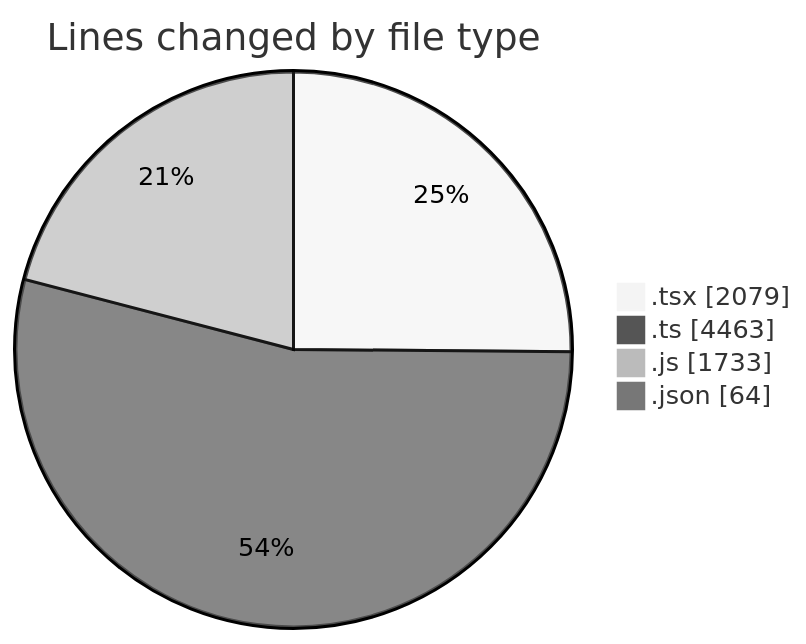
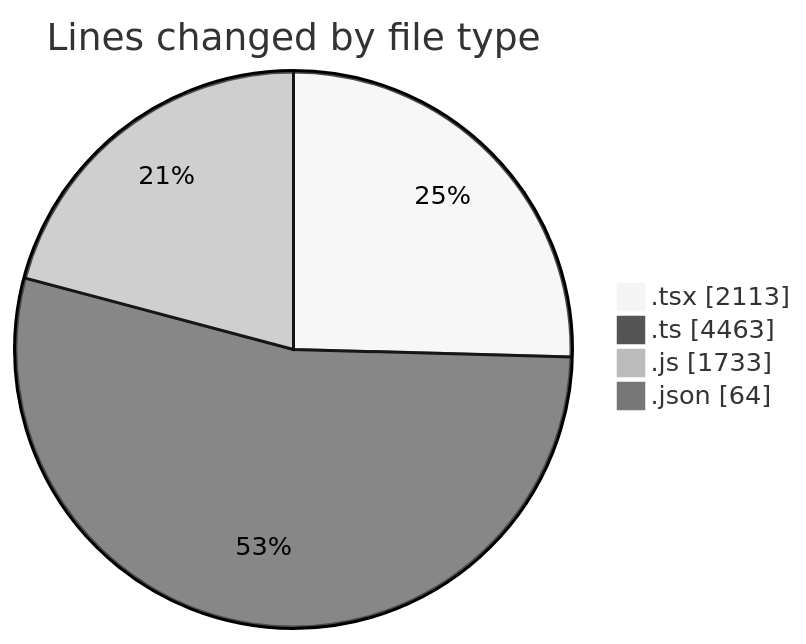
Before and after one commit to momahboobian/code-tracking: the first of 2 diagrams in 2026-07-30/cda/README.md, drawn with Mermaid (neutral theme). The commit also changed other lines of this file and 1 other file, not shown here.

````diff
--- a/2026-07-30/cda/README.md
+++ b/2026-07-30/cda/README.md
@@ -47,8 +47,8 @@
 ```mermaid
 pie showData
 title Lines changed by file type
-".tsx" : 2079
+".tsx" : 2113
 ".ts" : 4463
 ".js" : 1733
 ".json" : 64
 ```
````
